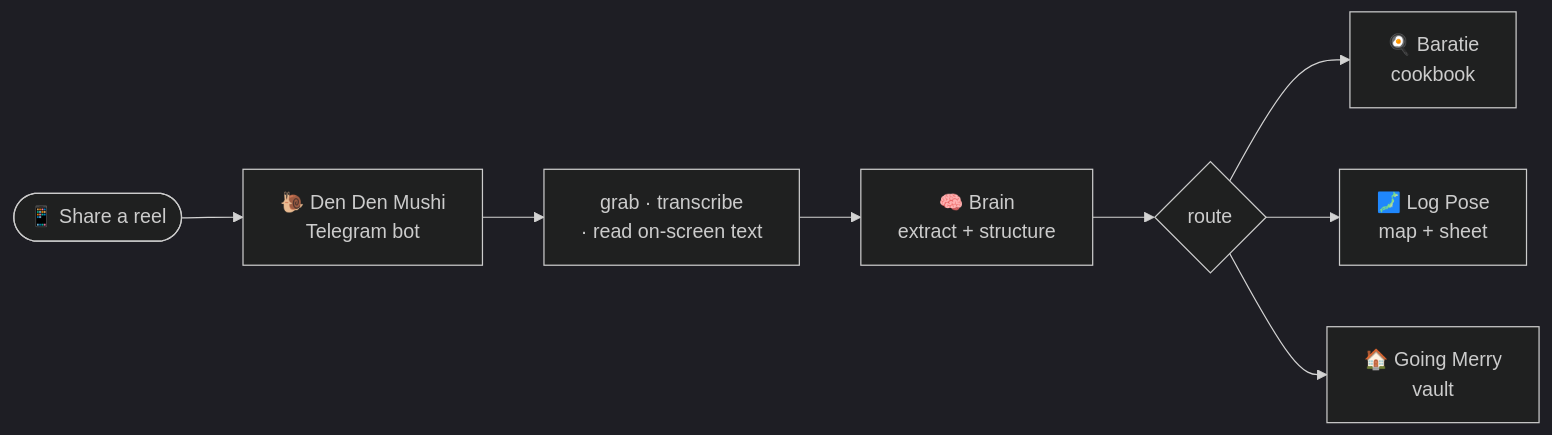
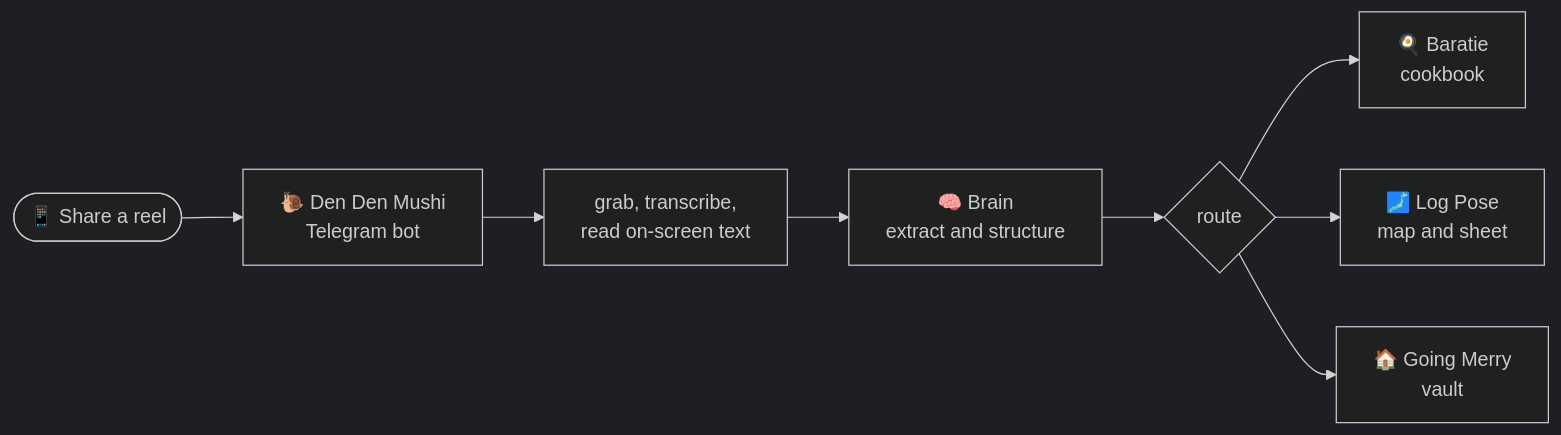
One commit to naari21694/grand-log changed the diagram in README.md. Above: the diagram before and after it, drawn with Mermaid (dark theme). The commit also changed other lines of this file and 23 other files, not shown here.

````diff
--- a/README.md
+++ b/README.md
@@ -29,10 +29,10 @@
 ```mermaid
 flowchart LR
     A([📱 Share a reel]) --> B[🐌 Den Den Mushi<br/>Telegram bot]
-    B --> C[grab · transcribe<br/>· read on-screen text]
-    C --> D[🧠 Brain<br/>extract + structure]
+    B --> C[grab, transcribe,<br/>read on-screen text]
+    C --> D[🧠 Brain<br/>extract and structure]
     D --> E{route}
     E --> F[🍳 Baratie<br/>cookbook]
-    E --> G[🗾 Log Pose<br/>map + sheet]
+    E --> G[🗾 Log Pose<br/>map and sheet]
     E --> H[🏠 Going Merry<br/>vault]
 ```
````
